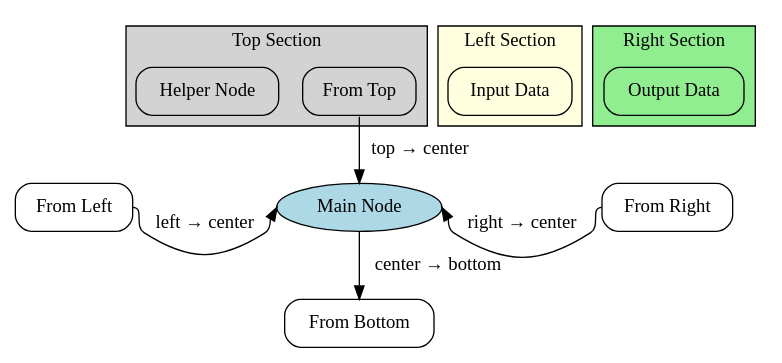
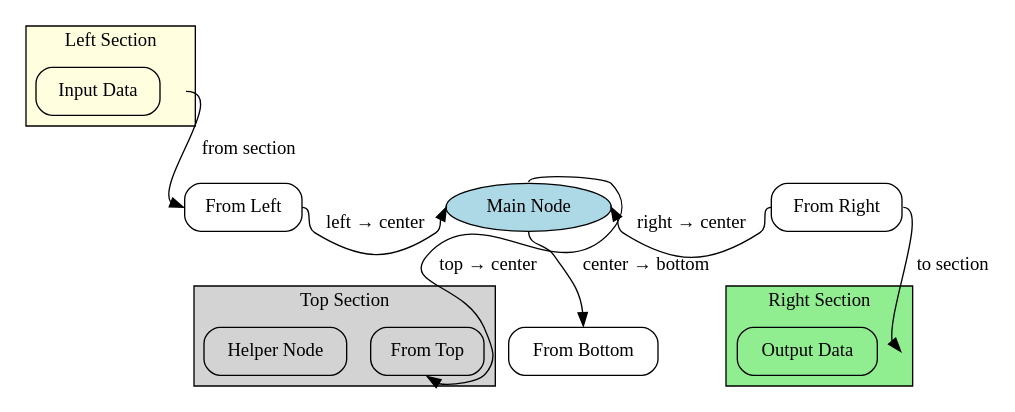
Before and after one commit to knkrn5/Programming-Concepts: the diagram in test.dot, drawn with Graphviz. The commit also changed 5 other files, not shown here.

Commit message:
Add diagram assets: Introduce test2.png and test2.svg for visual representation

```diff
--- a/test.dot
+++ b/test.dot
@@ -1,61 +1,68 @@
 digraph FourDirections {
     rankdir = TB;
     node [shape = box; style = rounded;];
     
     // Central node
     Center [label = "Main Node";shape = ellipse;style = filled;fillcolor = lightblue;];
     
     // Four directional nodes
     Top [label = "From Top";];
     Bottom [label = "From Bottom";];
     Left [label = "From Left";];
     Right [label = "From Right";];
     
     // Subgraph with border and label
     subgraph cluster_top_section {
         label = "Top Section";
         style = filled;
         fillcolor = lightgray;
         
         Top;
         TopHelper [label = "Helper Node";];
     }
     
     // Subgraph for left section
     subgraph cluster_left_section {
         label = "Left Section";
         style = filled;
         fillcolor = lightyellow;
         
-        Left;
+        LeftAnchor [label = "", shape = point, width = 0];
         LeftData [label = "Input Data";];
     }
     
     // Subgraph for right section
     subgraph cluster_right_section {
         label = "Right Section";
         style = filled;
         fillcolor = lightgreen;
         
-        Right;
+        RightAnchor [label = "", shape = point, width = 0];
         RightOutput [label = "Output Data";];
     }
     
     // Force Left, Center, and Right to be on the same horizontal level
     subgraph {
         rank = same;
         Left;
         Center;
         Right;
     }
     
     // Add invisible edges to force left-to-right ordering
     Left -> Center [style = invis;];
     Center -> Right [style = invis;];
     
     // Connections with explicit port directions
-    Top:s -> Center:n [label = "top → center"; tailport = s; headport = n;];
+    Center:s -> Top:n [label = "top → center"; tailport = n; headport = s;];
+    
+    // Connect cluster to Left node
+    LeftAnchor:e -> Left:w [label = "from section"; tailport = e; headport = w;];
     Left:e -> Center:w [label = "left → center"; tailport = e; headport = w;];
+    
+    // Connect Right node to cluster
     Right:w -> Center:e [label = "right → center"; tailport = w; headport = e;];
+    Right:e -> RightAnchor:w [label = "to section"; tailport = e; headport = w;];
+    
     Center:s -> Bottom:n [label = "center → bottom"; tailport = s; headport = n;];
 }
```
